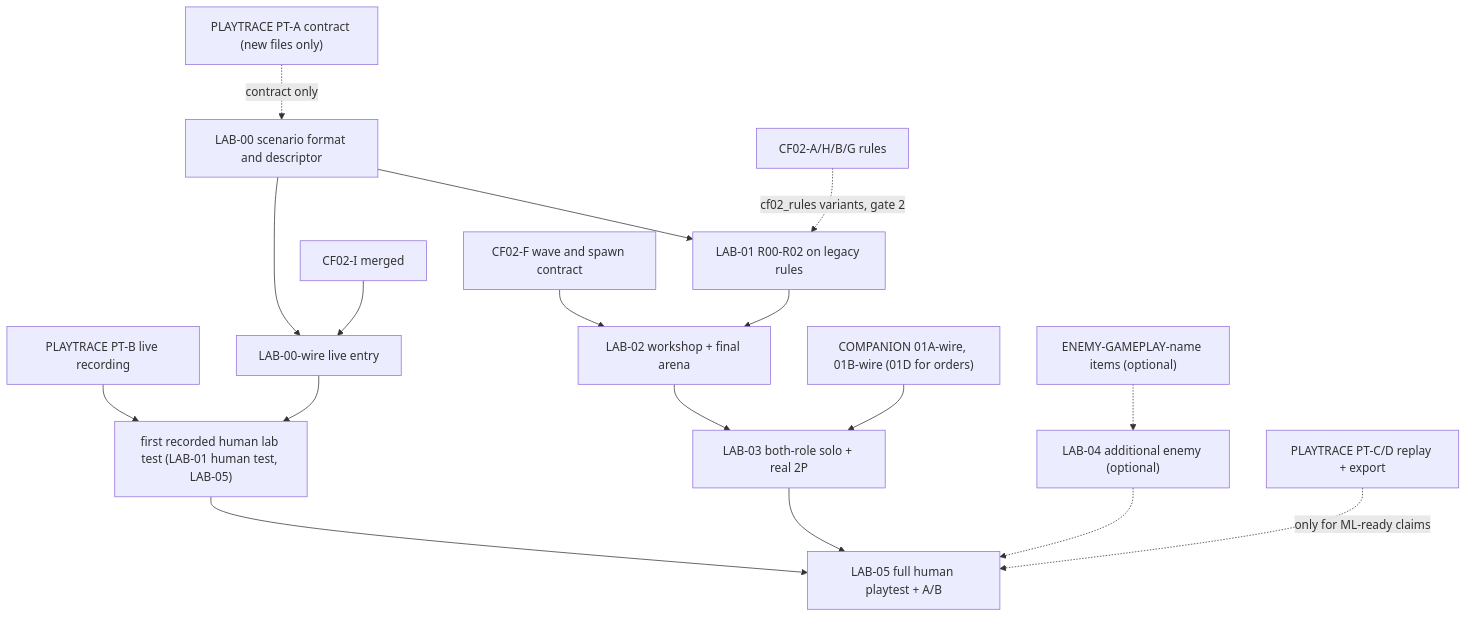
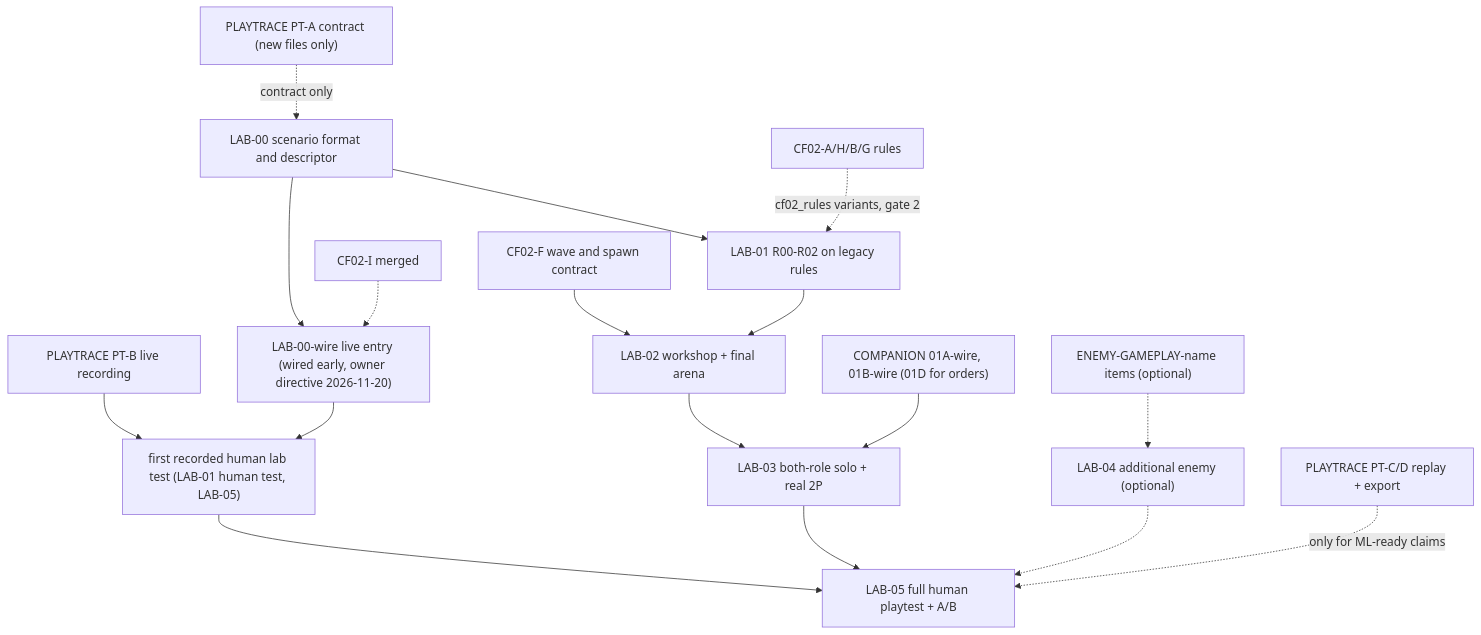
The diagram in docs/01-design/combat-lab-01-advanced-playtest.md (pando85/dungeon-floorbreak), drawn with Mermaid before and after one commit. The commit also changed other lines of this file and 86 other files, not shown here.

Commit message:
feat(combat-lab): COMBAT-LAB-01 LAB-00-wire live entry and LAB-01 R00-R02 on the legacy rules

````diff
--- a/docs/01-design/combat-lab-01-advanced-playtest.md
+++ b/docs/01-design/combat-lab-01-advanced-playtest.md
@@ -122,18 +122,18 @@
 ```mermaid
 flowchart TD
  PTA["PLAYTRACE PT-A contract (new files only)"] -.->|contract only| LAB0["LAB-00 scenario format and descriptor"]
  PTB["PLAYTRACE PT-B live recording"] --> LABH["first recorded human lab test (LAB-01 human test, LAB-05)"]
  LAB0 --> LAB1["LAB-01 R00-R02 on legacy rules"]
- CFI["CF02-I merged"] --> LABW["LAB-00-wire live entry"] --> LABH
+ CFI["CF02-I merged"] -.-> LABW["LAB-00-wire live entry (wired early, owner directive 2026-11-20)"] --> LABH
  LAB0 --> LABW
  CFF["CF02-F wave and spawn contract"] --> LAB2["LAB-02 workshop + final arena"]
  CFR["CF02-A/H/B/G rules"] -.->|cf02_rules variants, gate 2| LAB1
  LAB1 --> LAB2
  CA["COMPANION 01A-wire, 01B-wire (01D for orders)"] --> LAB3["LAB-03 both-role solo + real 2P"]
  LAB2 --> LAB3
  EN["ENEMY-GAMEPLAY-name items (optional)"] -.-> LAB4["LAB-04 additional enemy (optional)"]
  LAB3 --> LAB5["LAB-05 full human playtest + A/B"]
  LAB4 -.-> LAB5
  LABH --> LAB5
  PT3["PLAYTRACE PT-C/D replay + export"] -.->|only for ML-ready claims| LAB5
 ```
````
